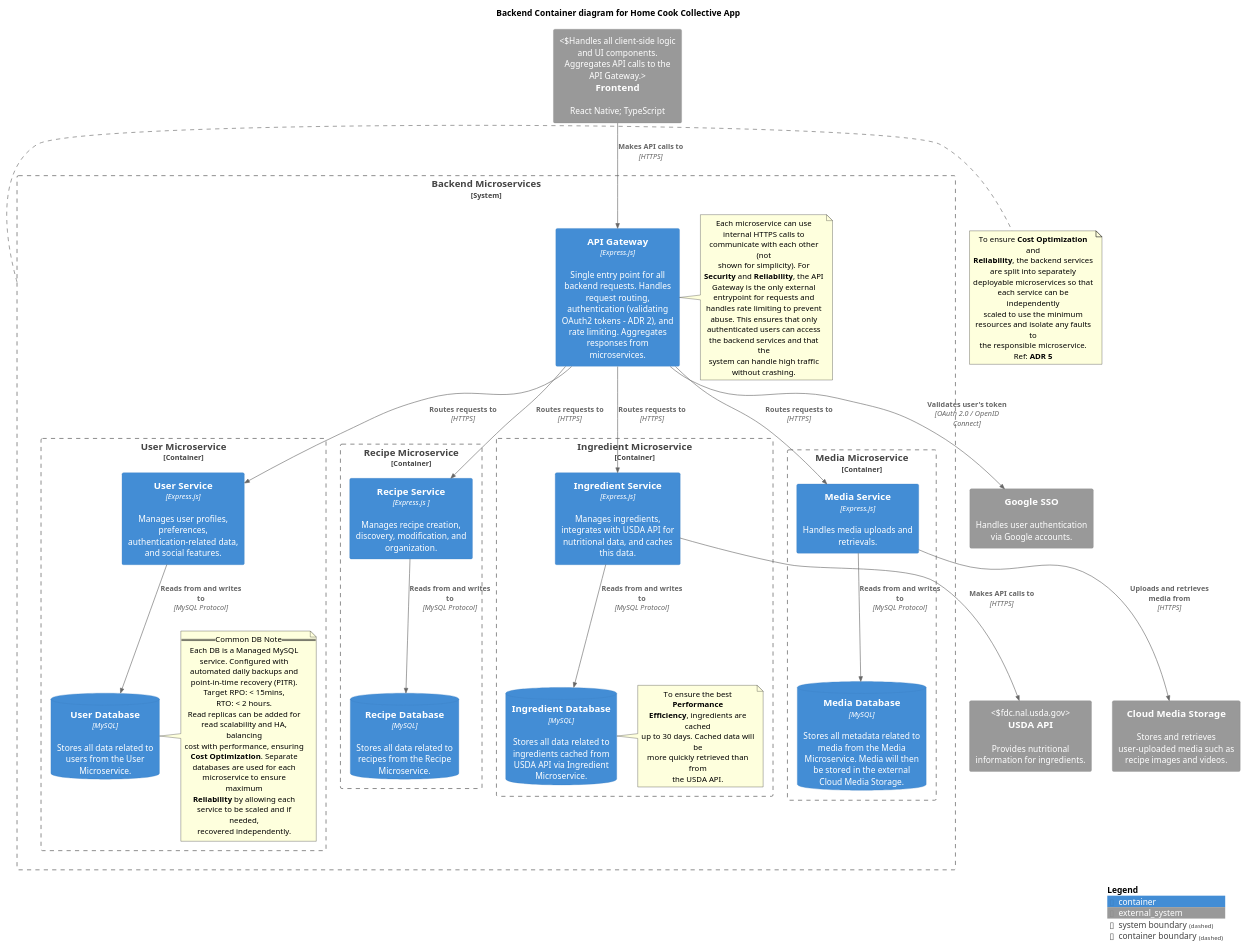
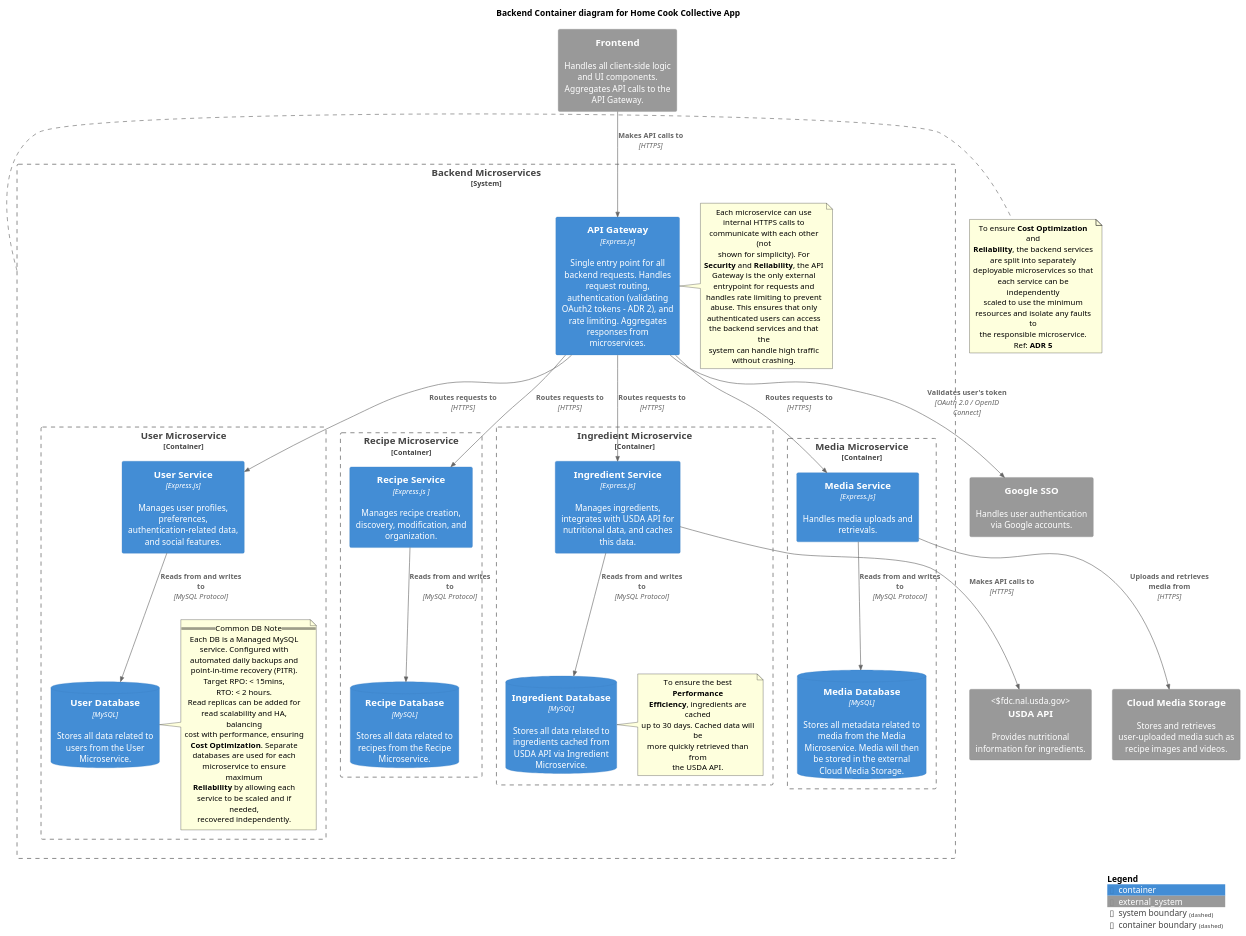
One commit to darius-despain/SE577-SoftwareArchitecture changed the diagram in diagrams/src/hcc-backend.puml. Above: the diagram before and after it, drawn with PlantUML. The commit also changed 3 other files, not shown here.

```diff
--- a/diagrams/src/hcc-backend.puml
+++ b/diagrams/src/hcc-backend.puml
@@ -1,103 +1,103 @@
 @startuml "Home-Cook-Collective-Backend"
 !include ../C4_Container.puml
 
 title Backend Container diagram for Home Cook Collective App
 
-System_Ext(frontend, "Frontend", "React Native; TypeScript", "Handles all client-side logic and UI components. Aggregates API calls to the API Gateway.")
+System_Ext(frontend, "Frontend", "Handles all client-side logic and UI components. Aggregates API calls to the API Gateway.")
 System_Ext(google_sso_ext, "Google SSO", "Handles user authentication via Google accounts.")
 
 System_Boundary(backend, "Backend Microservices") {
     Container(api_gateway, "API Gateway", "Express.js", "Single entry point for all backend requests. Handles request routing, authentication (validating OAuth2 tokens - ADR 2), and rate limiting. Aggregates responses from microservices.")
     note right of api_gateway
         Each microservice can use
         internal HTTPS calls to
         communicate with each other (not
         shown for simplicity). For
         **Security** and **Reliability**, the API
         Gateway is the only external
         entrypoint for requests and
         handles rate limiting to prevent
         abuse. This ensures that only
         authenticated users can access
         the backend services and that the
         system can handle high traffic
         without crashing.
     end note
 
     Container_Boundary(user_microservice, "User Microservice") {
         Container(user_service, "User Service", "Express.js", "Manages user profiles, preferences, authentication-related data, and social features.")
         ContainerDb(user_db, "User Database", "MySQL", "Stores all data related to users from the User Microservice.")
         note right of user_db
             ==Common DB Note==
             Each DB is a Managed MySQL
             service. Configured with
             automated daily backups and
             point-in-time recovery (PITR).
             Target RPO: < 15mins,
             RTO: < 2 hours.
             Read replicas can be added for
             read scalability and HA, balancing
             cost with performance, ensuring
             **Cost Optimization**. Separate
             databases are used for each
             microservice to ensure maximum
             **Reliability** by allowing each
             service to be scaled and if needed,
             recovered independently.
         end note
 
     }
     Container_Boundary(recipe_microservice, "Recipe Microservice") {
         Container(recipe_service, "Recipe Service", "Express.js ", "Manages recipe creation, discovery, modification, and organization.")
         ContainerDb(recipe_db, "Recipe Database", "MySQL", "Stores all data related to recipes from the Recipe Microservice.")
     }
     Container_Boundary(ingredient_microservice, "Ingredient Microservice") {
         Container(ingredient_service, "Ingredient Service", "Express.js", "Manages ingredients, integrates with USDA API for nutritional data, and caches this data.")
         ContainerDb(ingredient_db, "Ingredient Database", "MySQL", "Stores all data related to ingredients cached from USDA API via Ingredient Microservice.")
         note right of ingredient_db
             To ensure the best **Performance**
             **Efficiency**, ingredients are cached
             up to 30 days. Cached data will be
             more quickly retrieved than from
             the USDA API.
         end note
     }
     Container_Boundary(media_microservice, "Media Microservice") {
         Container(media_service, "Media Service", "Express.js", "Handles media uploads and retrievals.")
         ContainerDb(media_db, "Media Database", "MySQL", "Stores all metadata related to media from the Media Microservice. Media will then be stored in the external Cloud Media Storage.")
     }
 }
 note right of backend
     To ensure **Cost Optimization** and
     **Reliability**, the backend services
     are split into separately
     deployable microservices so that
     each service can be independently
     scaled to use the minimum
     resources and isolate any faults to
     the responsible microservice.
     Ref: **ADR 5**
 end note
 
 System_Ext(usda_api, "USDA API","Provides nutritional information for ingredients.", "fdc.nal.usda.gov")
 System_Ext(media_storage_ext, "Cloud Media Storage", "Stores and retrieves user-uploaded media such as recipe images and videos.")
 
 Rel(frontend, api_gateway, "Makes API calls to", "HTTPS")
 
 Rel(api_gateway, user_service, "Routes requests to", "HTTPS")
 Rel(api_gateway, recipe_service, "Routes requests to", "HTTPS")
 Rel(api_gateway, ingredient_service, "Routes requests to", "HTTPS")
 Rel(api_gateway, media_service, "Routes requests to", "HTTPS")
 
 Rel(ingredient_service, usda_api, "Makes API calls to", "HTTPS")
 Rel(media_service, media_storage_ext, "Uploads and retrieves media from", "HTTPS")
 
 Rel(user_service, user_db, "Reads from and writes to", "MySQL Protocol")
 Rel(recipe_service, recipe_db, "Reads from and writes to", "MySQL Protocol")
 Rel(ingredient_service, ingredient_db, "Reads from and writes to", "MySQL Protocol")
 Rel(media_service, media_db, "Reads from and writes to", "MySQL Protocol")
 
 Rel(api_gateway, google_sso_ext, "Validates user's token", "OAuth 2.0 / OpenID Connect")
 
 SHOW_LEGEND()
 @enduml
```
